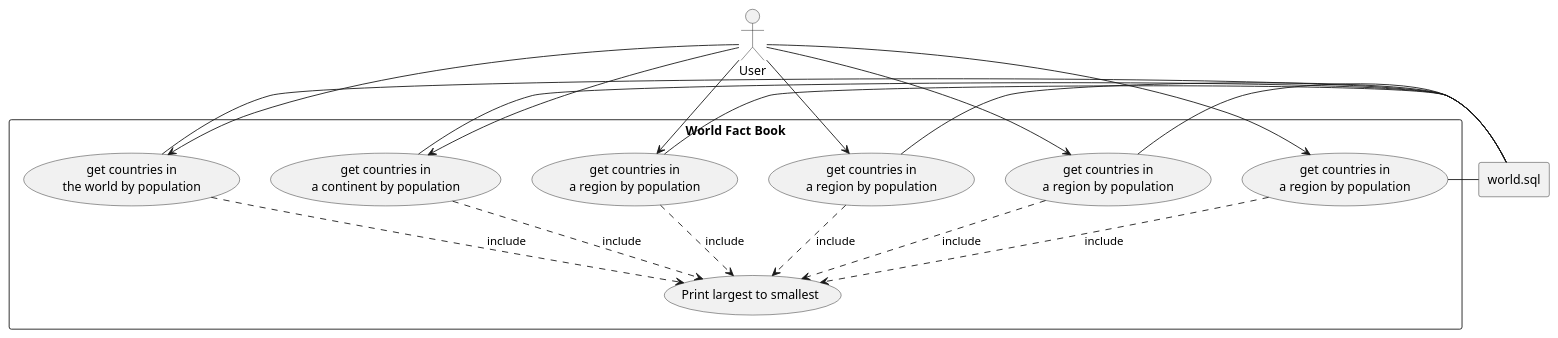
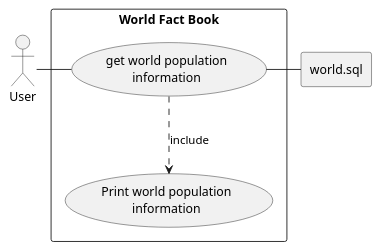
The diagram in use-cases/Code_review_2.puml (satnaing/group1), drawn with PlantUML before and after one commit.

Commit message:
UML diagram fixed

```diff
--- a/use-cases/Code_review_2.puml
+++ b/use-cases/Code_review_2.puml
@@ -1,49 +1,23 @@
 @startuml
 'default
 top to bottom direction
 actor user as "User"
 
 rectangle world.sql
 
 rectangle "World Fact Book" {
-    usecase UC1 as "get countries in
-    the world by population"
-    usecase UC2 as "get countries in
-    a continent by population"
-    usecase UC3 as "get countries in
-    a region by population"
-    usecase UC4 as "get countries in
-    a region by population"
-    usecase UC5 as "get countries in
-    a region by population"
-    usecase UC6 as "get countries in
-    a region by population"
+    usecase UC1 as "get world population
+    information"
 
-    usecase UCa as "Print largest to smallest"
 
-    :user: -down-> UC1
+    usecase UCa as "Print world population
+    information"
+
+    user - UC1
     UC1 ..> UCa : include
     UC1 - world.sql
 
-    :user: -down-> UC2
-    UC2 ..> UCa : include
-    UC2 - world.sql
 
-    :user: -down-> UC3
-    UC3 ..> UCa : include
-    UC3 - world.sql
-
-    :user: -down-> UC4
-    UC4 ..> UCa : include
-    UC4 - world.sql
-
-    :user: -down-> UC5
-    UC5 ..> UCa : include
-    UC5 - world.sql
-
-    :user: -down-> UC6
-    UC6 ..> UCa : include
-    UC6 - world.sql
 }
 
 @enduml
```
